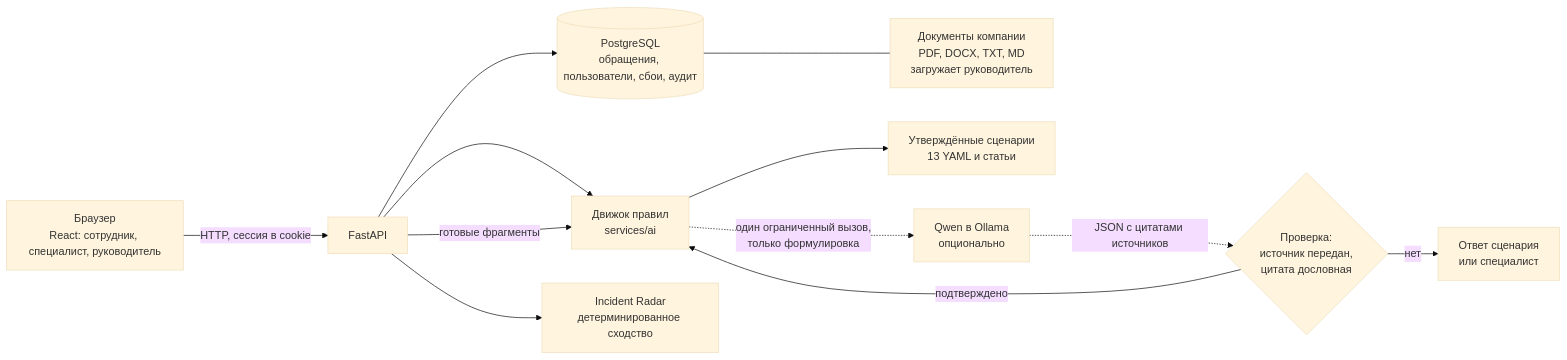
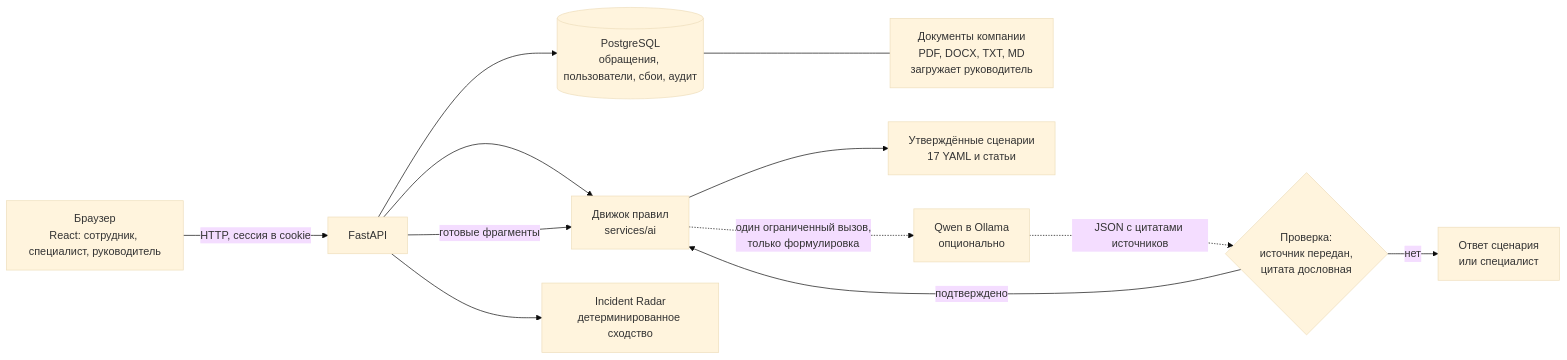
One commit to moonqerx-droid/GEEKFORCE changed the diagram in README.md. Above: the diagram before and after it, drawn with Mermaid (base theme). The commit also changed other lines of this file and 31 other files, not shown here.

````diff
--- a/README.md
+++ b/README.md
@@ -127,14 +147,14 @@
 ```mermaid
 flowchart LR
     U[Браузер<br/>React: сотрудник, специалист, руководитель] -->|HTTP, сессия в cookie| API[FastAPI]
     API --> DB[(PostgreSQL<br/>обращения, пользователи, сбои, аудит)]
     API --> E[Движок правил<br/>services/ai]
-    E --> KB[Утверждённые сценарии<br/>13 YAML и статьи]
+    E --> KB[Утверждённые сценарии<br/>17 YAML и статьи]
     API -->|готовые фрагменты| E
     DB --- DOC[Документы компании<br/>PDF, DOCX, TXT, MD<br/>загружает руководитель]
     API --> R[Incident Radar<br/>детерминированное сходство]
     E -. один ограниченный вызов,<br/>только формулировка .-> Q[Qwen в Ollama<br/>опционально]
     Q -. JSON с цитатами источников .-> V{Проверка:<br/>источник передан,<br/>цитата дословная}
     V -->|подтверждено| E
     V -->|нет| H[Ответ сценария<br/>или специалист]
 ```
````
